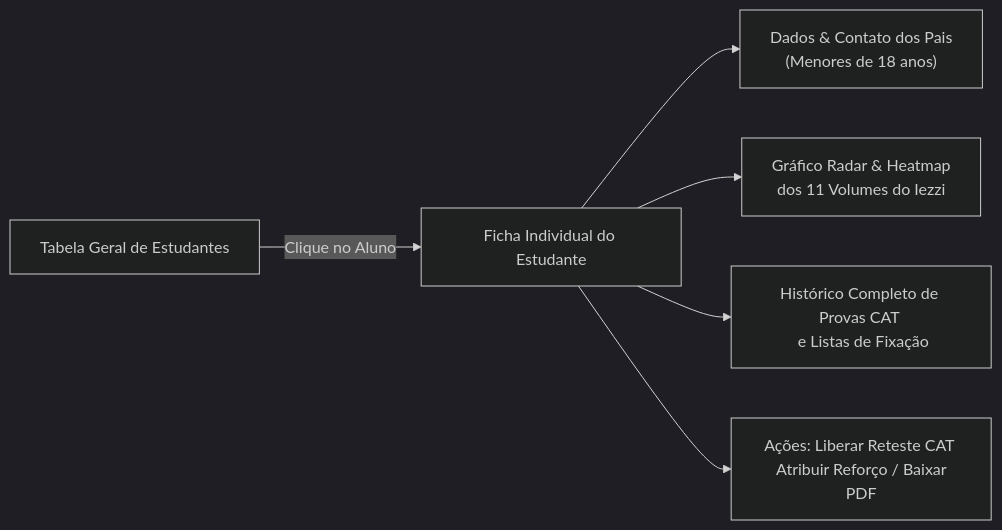
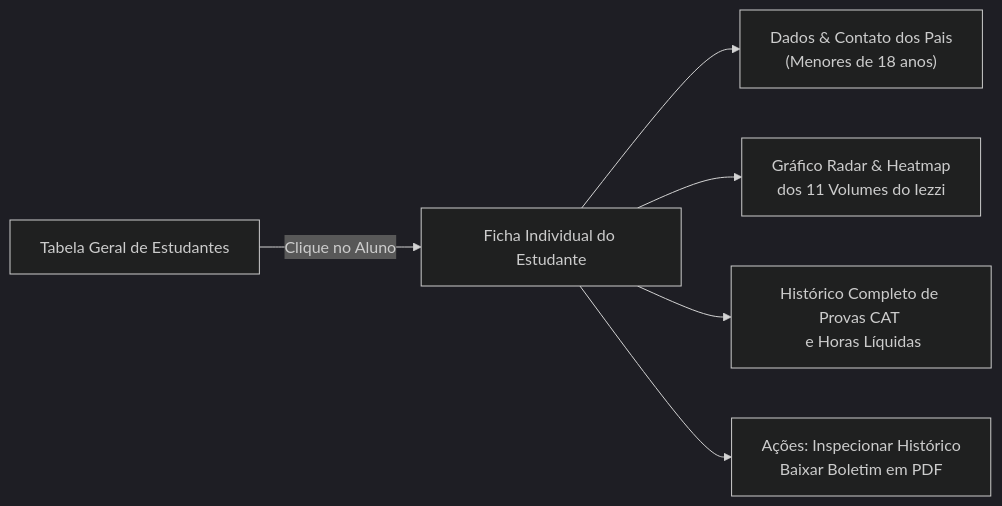
Before and after one commit to SiadeLucas/Tutor-Inteligente: the third of 4 diagrams in docs/modules/painel-professor/index.md, drawn with Mermaid (dark theme). The commit also changed other lines of this file and 40 other files, not shown here.

````diff
--- a/docs/modules/painel-professor/index.md
+++ b/docs/modules/painel-professor/index.md
@@ -85,9 +85,9 @@
 ```mermaid
 flowchart LR
     A["Tabela Geral de Estudantes"] -->|Clique no Aluno| B["Ficha Individual do Estudante"]
     
     B --> C["Dados & Contato dos Pais \n (Menores de 18 anos)"]
     B --> D["Gráfico Radar & Heatmap \n dos 11 Volumes do Iezzi"]
-    B --> E["Histórico Completo de Provas CAT \n e Listas de Fixação"]
-    B --> F["Ações: Liberar Reteste CAT \n Atribuir Reforço / Baixar PDF"]
+    B --> E["Histórico Completo de Provas CAT \n e Horas Líquidas"]
+    B --> F["Ações: Inspecionar Histórico \n Baixar Boletim em PDF"]
 ```
````
